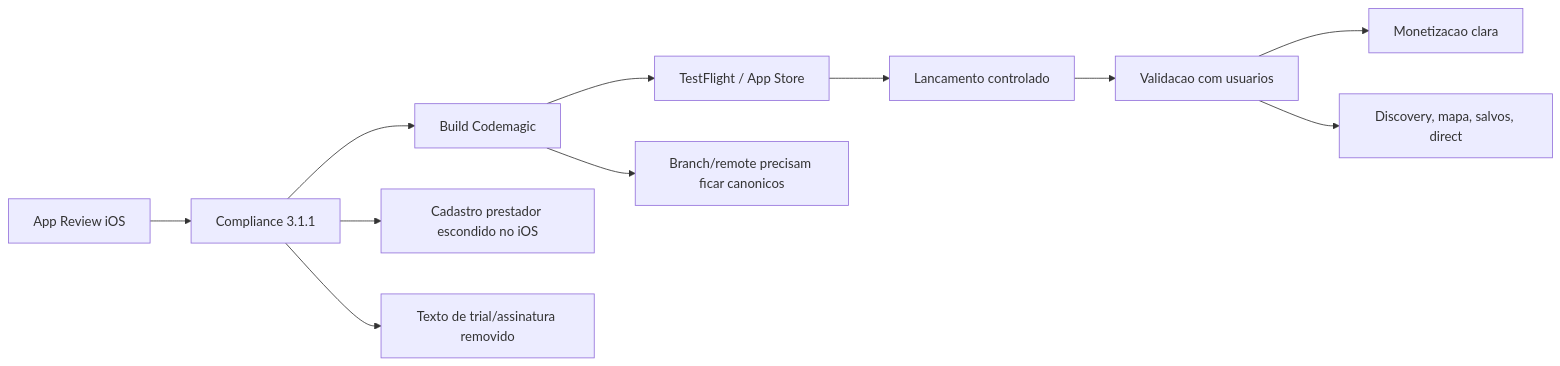
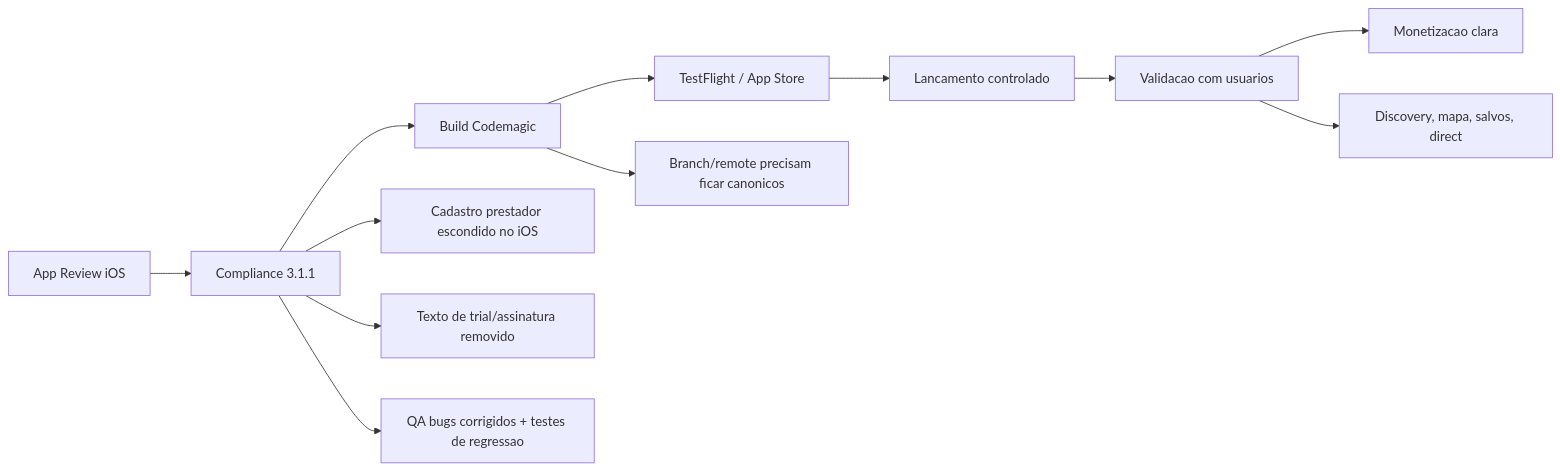
Before and after one commit to Israel-Bryant/sphynix-obisidian: the diagram in Projetos/Sphynix/Flow App/00 - Flow App Dashboard.md, drawn with Mermaid. The commit also changed other lines of this file and 2 other files, not shown here.

Commit message:
Update Flow QA progress

````diff
--- a/Projetos/Sphynix/Flow App/00 - Flow App Dashboard.md
+++ b/Projetos/Sphynix/Flow App/00 - Flow App Dashboard.md
@@ -40,14 +42,15 @@
 ```mermaid
 flowchart LR
   A[App Review iOS] --> B[Compliance 3.1.1]
   B --> C[Build Codemagic]
   C --> D[TestFlight / App Store]
   D --> E[Lancamento controlado]
   E --> F[Validacao com usuarios]
   F --> G[Monetizacao clara]
 
   B --> B1[Cadastro prestador escondido no iOS]
   B --> B2[Texto de trial/assinatura removido]
+  B --> B3[QA bugs corrigidos + testes de regressao]
   C --> C1[Branch/remote precisam ficar canonicos]
   F --> F1[Discovery, mapa, salvos, direct]
 ```
````
